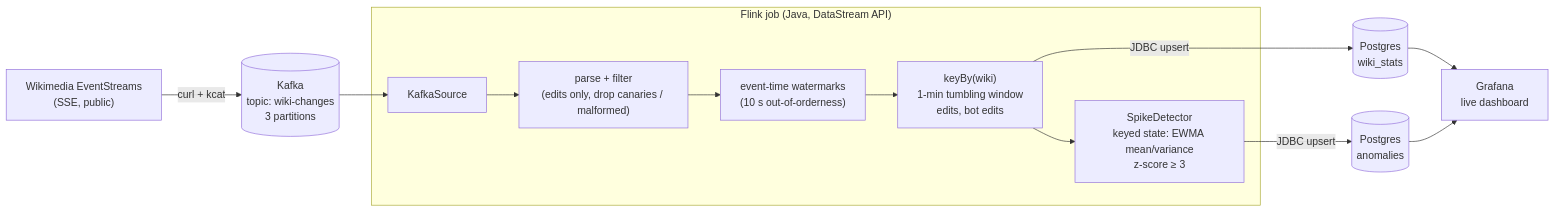
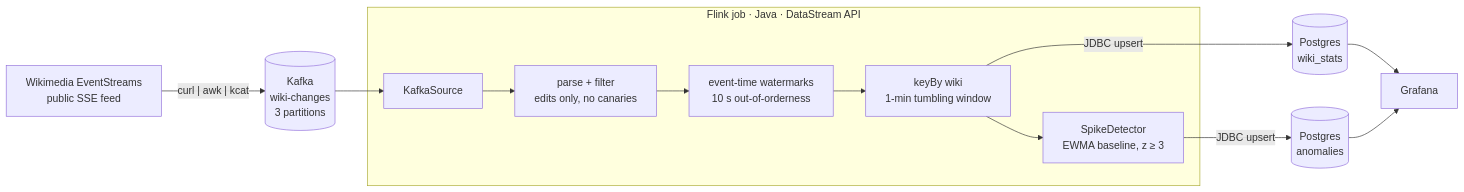
Before and after one commit to DorukMaltepe/realtime_streaming: the diagram in README.md, drawn with Mermaid. The commit also changed other lines of this file and 2 other files, not shown here.

First line of the commit message:
Add project docs and architecture guide

````diff
--- a/README.md
+++ b/README.md
@@ -13,17 +67,17 @@
 ```mermaid
 flowchart LR
-    W["Wikimedia EventStreams<br/>(SSE, public)"] -->|curl + kcat| K[("Kafka<br/>topic: wiki-changes<br/>3 partitions")]
+    W["Wikimedia EventStreams<br/>public SSE feed"] -->|"curl | awk | kcat"| K[("Kafka<br/>wiki-changes<br/>3 partitions")]
     K --> S
 
-    subgraph F["Flink job (Java, DataStream API)"]
-        S[KafkaSource] --> P["parse + filter<br/>(edits only, drop canaries / malformed)"]
-        P --> WM["event-time watermarks<br/>(10 s out-of-orderness)"]
-        WM --> AGG["keyBy(wiki)<br/>1-min tumbling window<br/>edits, bot edits"]
-        AGG --> D["SpikeDetector<br/>keyed state: EWMA mean/variance<br/>z-score ≥ 3"]
+    subgraph F["Flink job · Java · DataStream API"]
+        S[KafkaSource] --> P["parse + filter<br/>edits only, no canaries"]
+        P --> WM["event-time watermarks<br/>10 s out-of-orderness"]
+        WM --> AGG["keyBy wiki<br/>1-min tumbling window"]
+        AGG --> D["SpikeDetector<br/>EWMA baseline, z ≥ 3"]
     end
 
     AGG -->|JDBC upsert| PG[("Postgres<br/>wiki_stats")]
     D -->|JDBC upsert| PG2[("Postgres<br/>anomalies")]
-    PG --> G["Grafana<br/>live dashboard"]
+    PG --> G[Grafana]
     PG2 --> G
 ```
````
